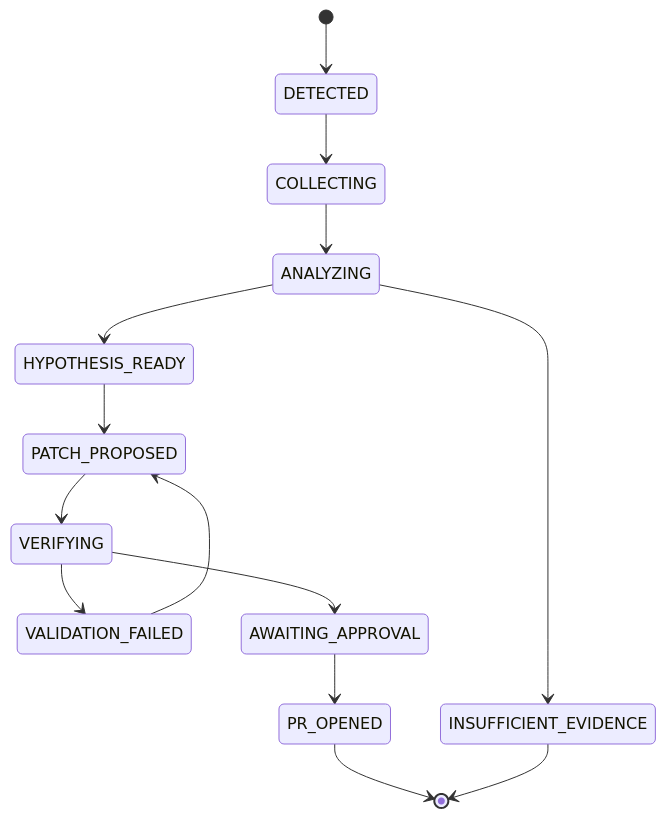
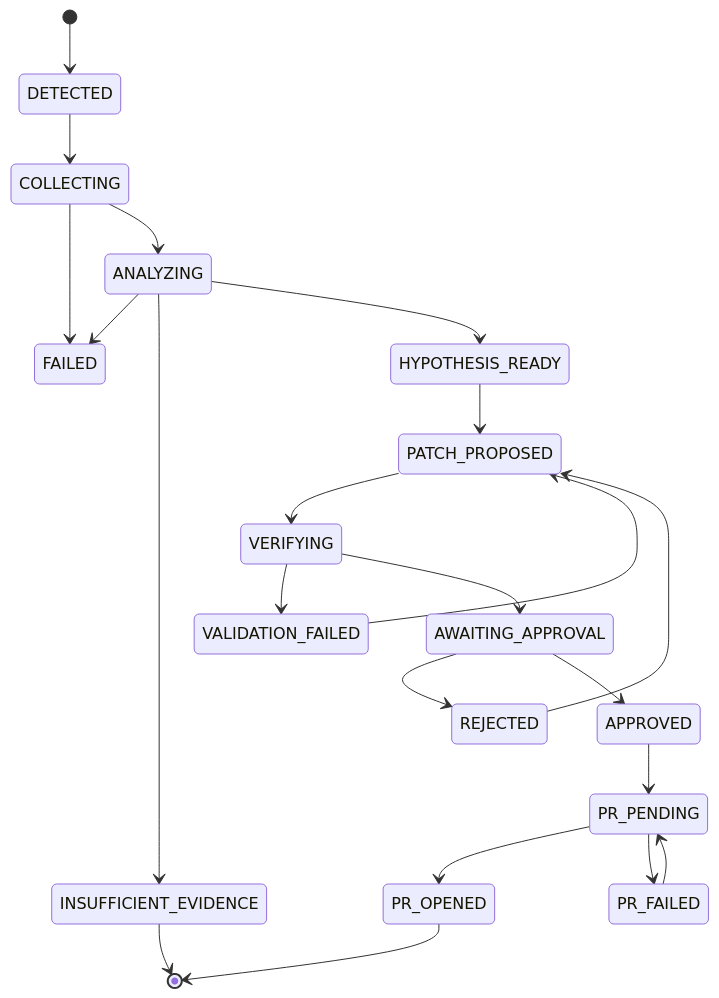
One commit to chandrakantdubey/project-reanimate changed the second of 2 diagrams in docs/ARCHITECTURE.md. Above: the diagram before and after it, drawn with Mermaid. The commit also changed other lines of this file and 15 other files, not shown here.

````diff
--- a/docs/ARCHITECTURE.md
+++ b/docs/ARCHITECTURE.md
@@ -52,16 +58,24 @@
 ```mermaid
 stateDiagram-v2
   [*] --> DETECTED
   DETECTED --> COLLECTING
+  COLLECTING --> FAILED
+  ANALYZING --> FAILED
   COLLECTING --> ANALYZING
   ANALYZING --> INSUFFICIENT_EVIDENCE
   ANALYZING --> HYPOTHESIS_READY
   HYPOTHESIS_READY --> PATCH_PROPOSED
   PATCH_PROPOSED --> VERIFYING
   VERIFYING --> VALIDATION_FAILED
   VERIFYING --> AWAITING_APPROVAL
-  AWAITING_APPROVAL --> PR_OPENED
+  AWAITING_APPROVAL --> REJECTED
+  AWAITING_APPROVAL --> APPROVED
+  APPROVED --> PR_PENDING
+  PR_PENDING --> PR_OPENED
+  PR_PENDING --> PR_FAILED
+  PR_FAILED --> PR_PENDING
   PR_OPENED --> [*]
   INSUFFICIENT_EVIDENCE --> [*]
   VALIDATION_FAILED --> PATCH_PROPOSED
+  REJECTED --> PATCH_PROPOSED
 ```
````
